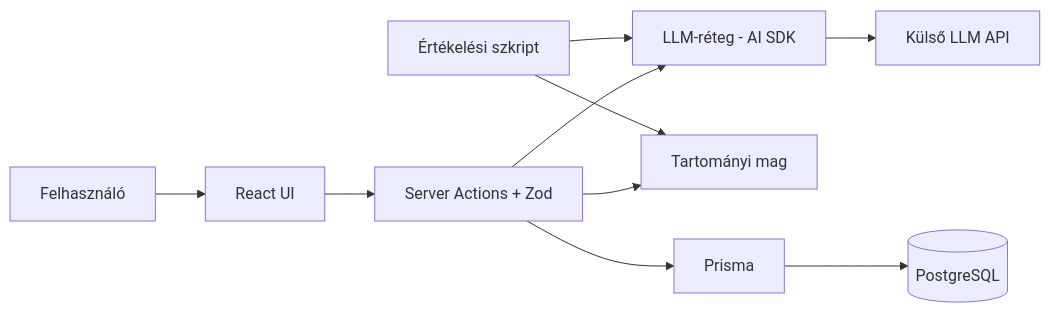
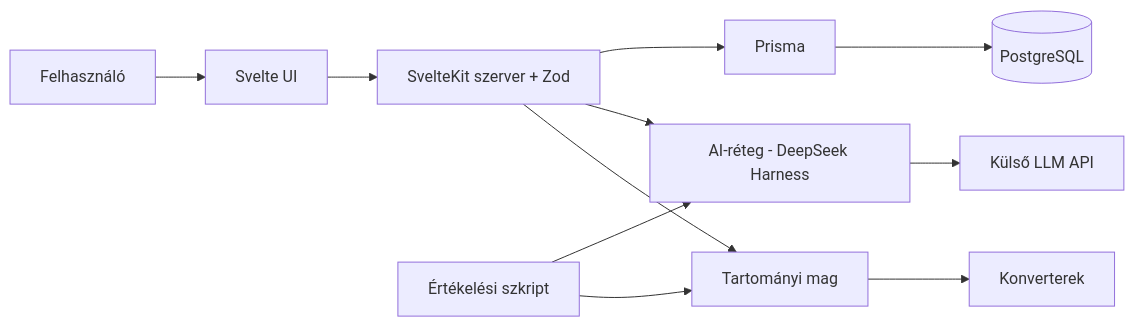
One commit to Vassgergo5/project-course changed the second of 2 diagrams in 00-project/02-specification.md. Above: the diagram before and after it, drawn with Mermaid. The commit also changed other lines of this file, not shown here.

````diff
--- a/00-project/02-specification.md
+++ b/00-project/02-specification.md
@@ -183,10 +204,11 @@
 ```mermaid
 flowchart LR
-  U[Felhasználó] --> UI[React UI]
-  UI --> S[Server Actions + Zod]
-  EV[Értékelési szkript] --> L
-  EV --> CORE
+  U[Felhasználó] --> UI[Svelte UI]
+  UI --> S[SvelteKit szerver + Zod]
   S --> CORE[Tartományi mag]
-  S --> L[LLM-réteg - AI SDK] --> EXT[Külső LLM API]
+  CORE --> CONV[Konverterek]
+  S --> AI[AI-réteg - DeepSeek Harness] --> EXT[Külső LLM API]
   S --> P[Prisma] --> D[(PostgreSQL)]
+  EV[Értékelési szkript] --> CORE
+  EV --> AI
 ```
````
